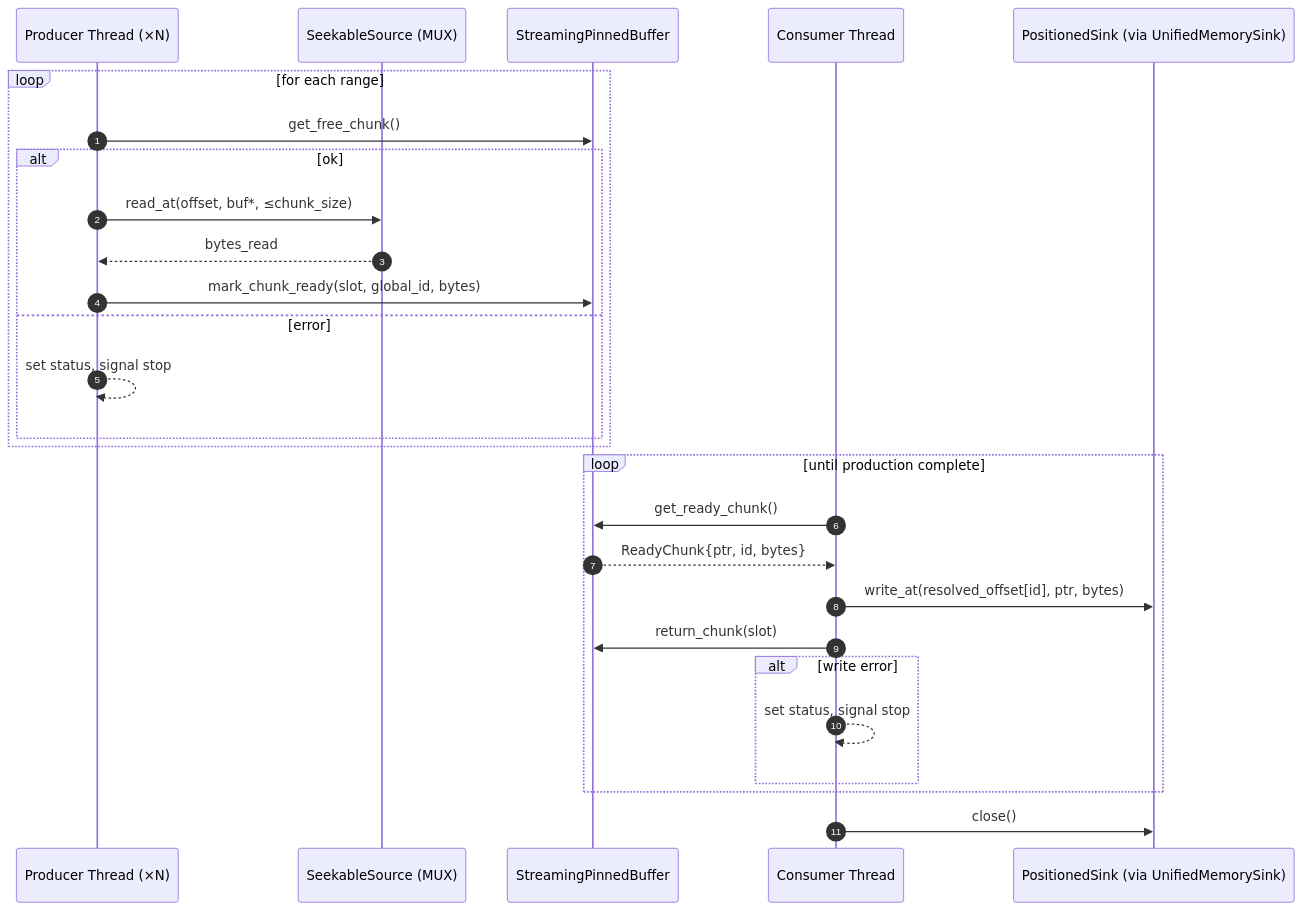
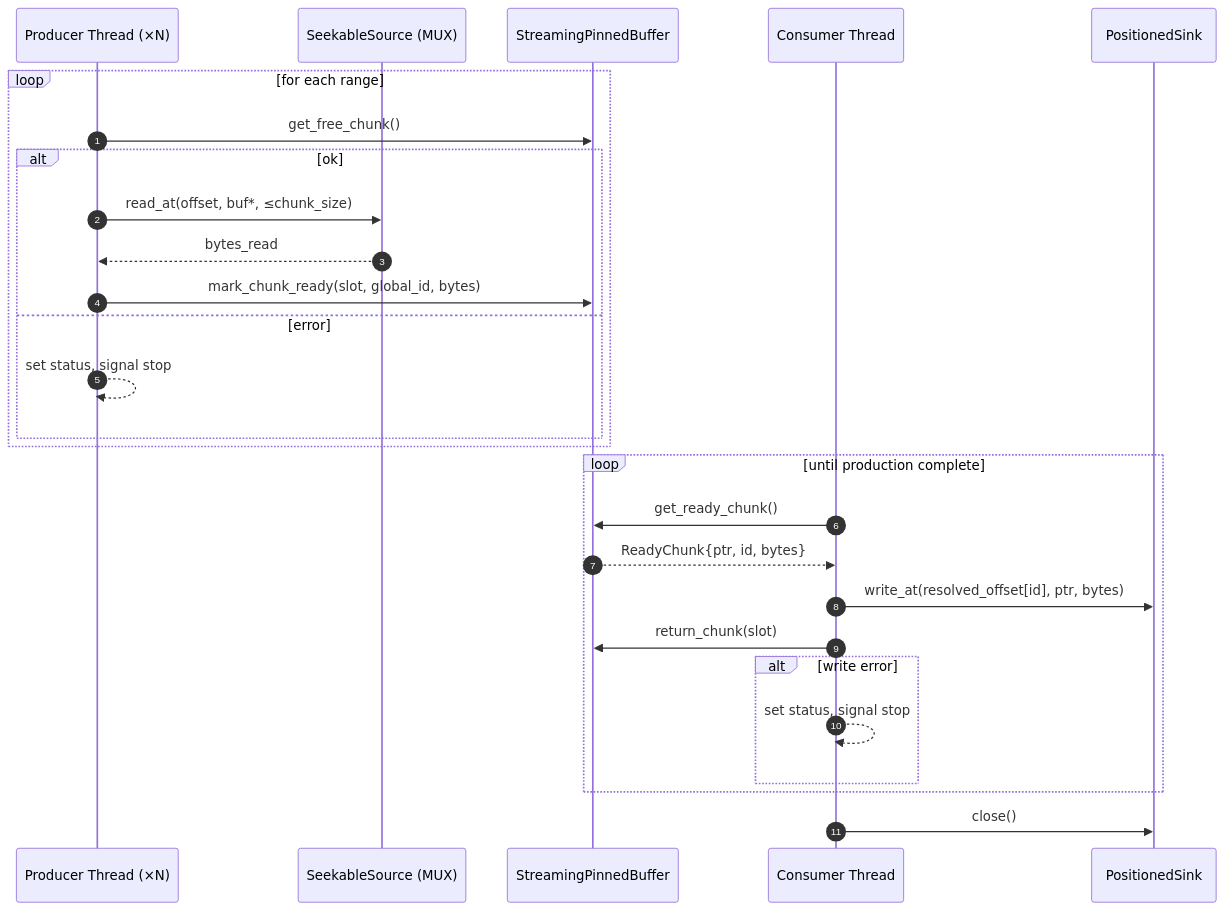
The second of 7 diagrams in rfcs/0001-distributed-virtual-memory-pool.md (tensorcast-ai/tensorcast), drawn with Mermaid before and after one commit. The commit also changed other lines of this file and 1 other file, not shown here.

````diff
--- a/rfcs/0001-distributed-virtual-memory-pool.md
+++ b/rfcs/0001-distributed-virtual-memory-pool.md
@@ -198,32 +209,32 @@
 ```mermaid
 sequenceDiagram
     autonumber
     participant PR as Producer Thread (×N)
     participant SRC as SeekableSource (MUX)
     participant BUF as StreamingPinnedBuffer
     participant CN as Consumer Thread
-    participant DST as PositionedSink (via UnifiedMemorySink)
+    participant DST as PositionedSink
 
     loop for each range
         PR->>BUF: get_free_chunk()
         alt ok
             PR->>SRC: read_at(offset, buf*, ≤chunk_size)
             SRC-->>PR: bytes_read
             PR->>BUF: mark_chunk_ready(slot, global_id, bytes)
         else error
             PR-->>PR: set status, signal stop
         end
     end
 
     loop until production complete
         CN->>BUF: get_ready_chunk()
         BUF-->>CN: ReadyChunk{ptr, id, bytes}
         CN->>DST: write_at(resolved_offset[id], ptr, bytes)
         CN->>BUF: return_chunk(slot)
         alt write error
             CN-->>CN: set status, signal stop
         end
     end
 
     CN->>DST: close()
 ```
````
